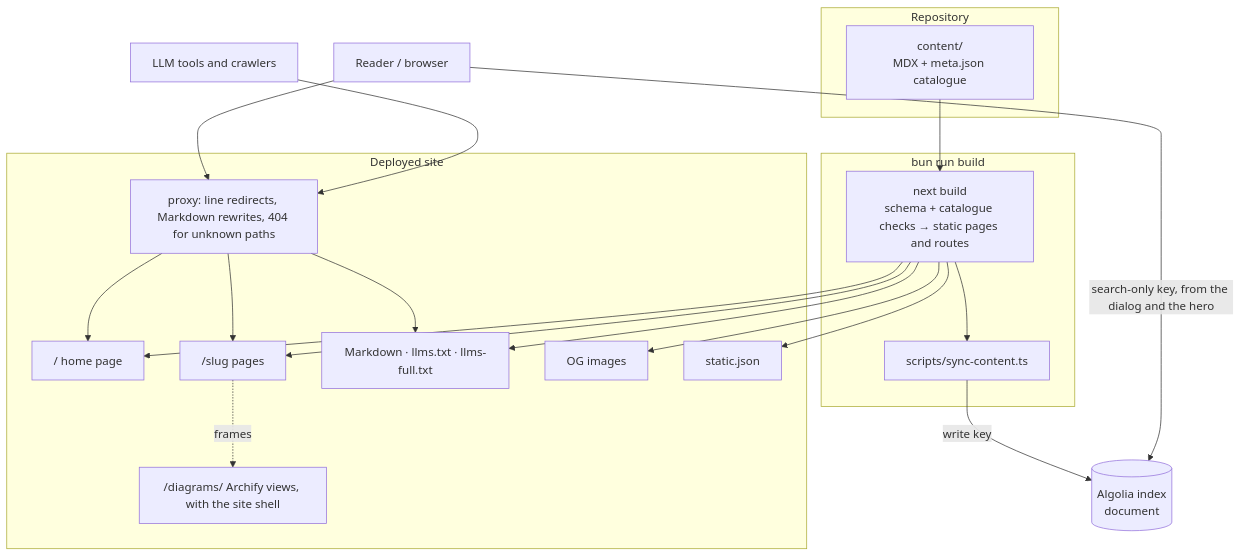
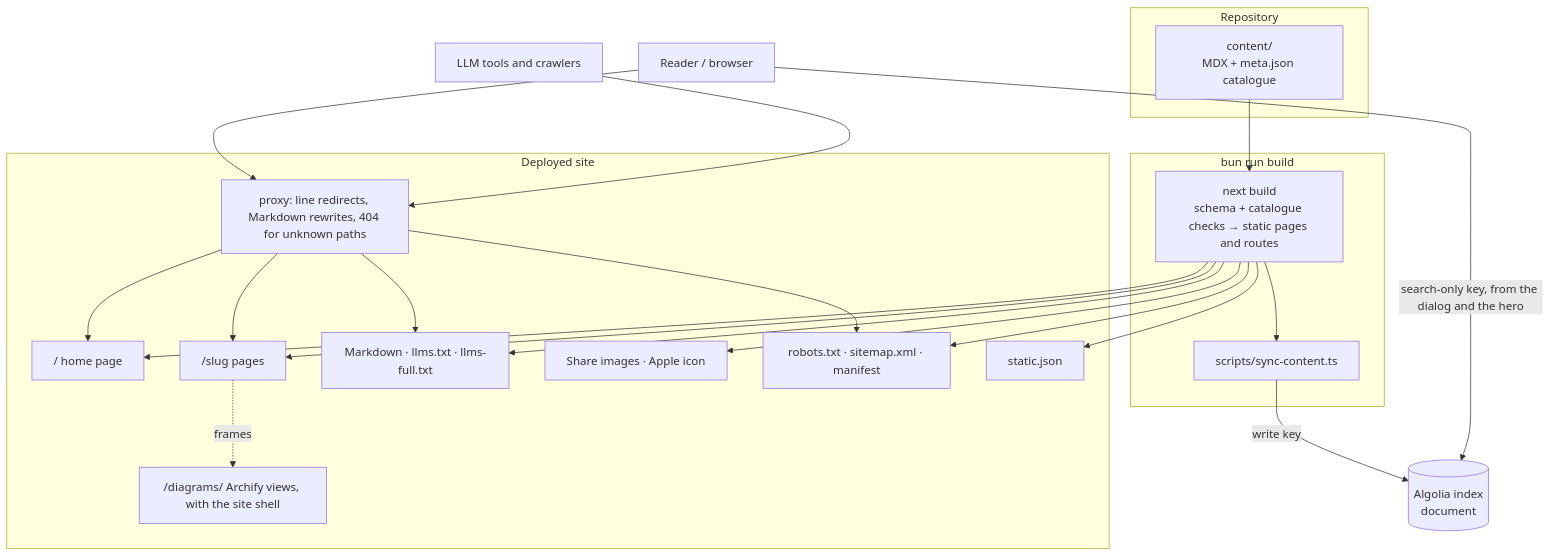
The diagram in content/docs/maintain/architecture/system.mdx (nepal-dev-com/docs.nepal-dev.com), drawn with Mermaid before and after one commit. The commit also changed other lines of this file and 140 other files, not shown here.

````diff
--- a/content/docs/maintain/architecture/system.mdx
+++ b/content/docs/maintain/architecture/system.mdx
@@ -127,29 +135,30 @@
 ```mermaid
 flowchart TB
   subgraph Repo["Repository"]
     CONTENT["content/<br/>MDX + meta.json catalogue"]
   end
   subgraph Build["bun run build"]
     NEXT["next build<br/>schema + catalogue checks → static pages and routes"]
     SYNC["scripts/sync-content.ts"]
   end
   subgraph Site["Deployed site"]
     PROXY["proxy: line redirects, Markdown rewrites, 404 for unknown paths"]
     HOME["/ home page"]
     PAGES["/slug pages"]
     MD["Markdown · llms.txt · llms-full.txt"]
-    OG["OG images"]
+    OG["Share images · Apple icon"]
+    CRAWL["robots.txt · sitemap.xml · manifest"]
     DIAG["/diagrams/ Archify views, with the site shell"]
     REC["static.json"]
   end
   ALG[("Algolia index<br/>document")]
   Reader["Reader / browser"]
   Bot["LLM tools and crawlers"]
 
-  CONTENT --> NEXT --> HOME & PAGES & MD & OG & REC
+  CONTENT --> NEXT --> HOME & PAGES & MD & OG & REC & CRAWL
   NEXT --> SYNC -->|write key| ALG
   Reader --> PROXY --> HOME & PAGES
   Reader -->|search-only key, from the dialog and the hero| ALG
-  Bot --> PROXY --> MD
+  Bot --> PROXY --> MD & CRAWL
   PAGES -.->|frames| DIAG
 ```
````
